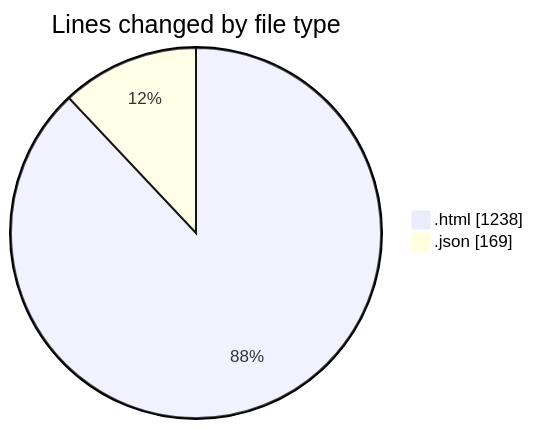
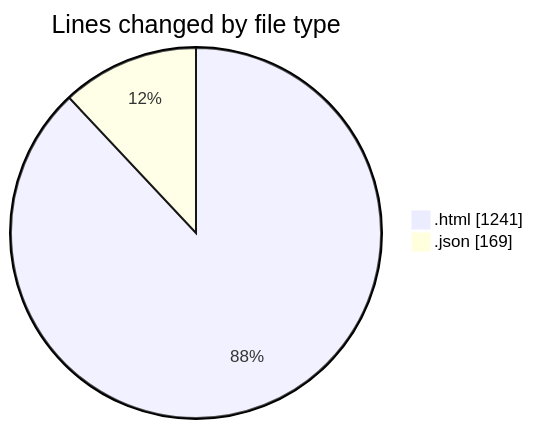
The first of 2 diagrams in 2025-04-27/portfolio/README.md (Ritupan-Deka/code-tracking), drawn with Mermaid before and after one commit. The commit also changed other lines of this file and 1 other file, not shown here.

````diff
--- a/2025-04-27/portfolio/README.md
+++ b/2025-04-27/portfolio/README.md
@@ -21,6 +21,6 @@
 ```mermaid
 pie showData
 title Lines changed by file type
-".html" : 1238
+".html" : 1241
 ".json" : 169
 ```
````
